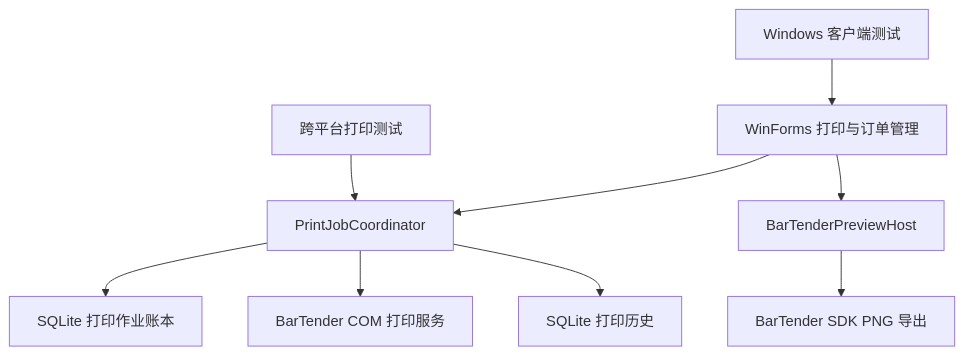
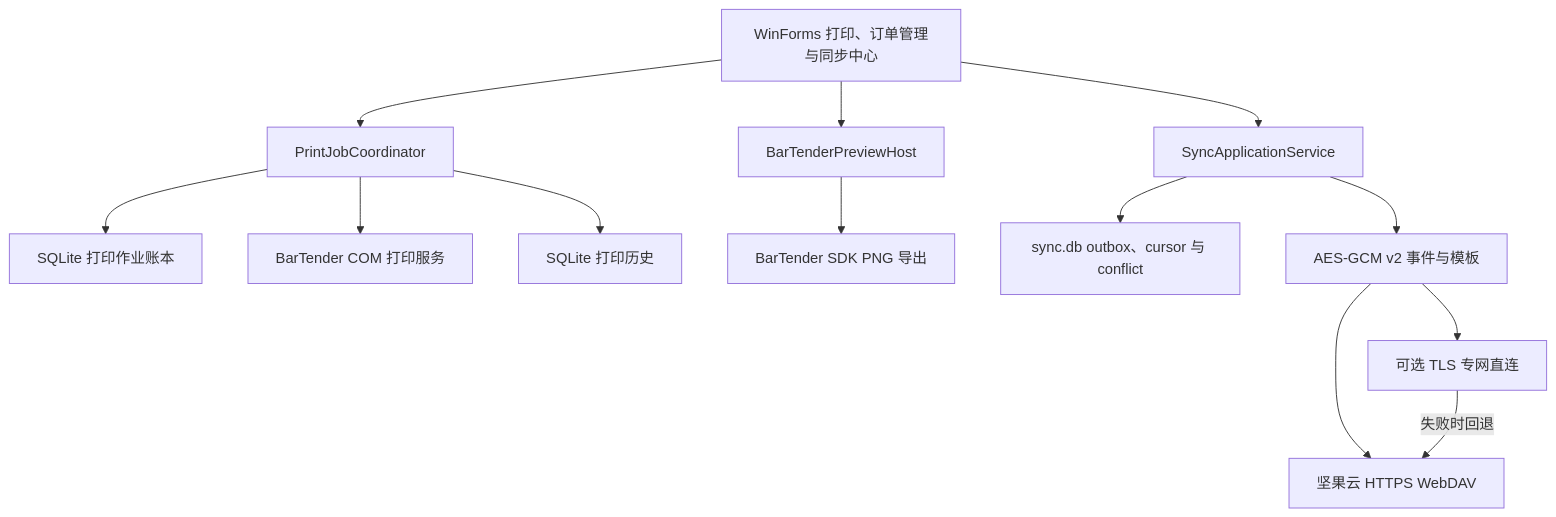
Before and after one commit to tall-1997/Label-Printer: the diagram in .monkeycode/docs/ARCHITECTURE.md, drawn with Mermaid. The commit also changed other lines of this file and 47 other files, not shown here.

````diff
--- a/.monkeycode/docs/ARCHITECTURE.md
+++ b/.monkeycode/docs/ARCHITECTURE.md
@@ -5,11 +5,15 @@
 ```mermaid
 flowchart TD
-    A["WinForms 打印与订单管理"] --> B["PrintJobCoordinator"]
+    A["WinForms 打印、订单管理与同步中心"] --> B["PrintJobCoordinator"]
     B --> C["SQLite 打印作业账本"]
     B --> D["BarTender COM 打印服务"]
     B --> E["SQLite 打印历史"]
     A --> F["BarTenderPreviewHost"]
     F --> G["BarTender SDK PNG 导出"]
-    H["跨平台打印测试"] --> B
-    I["Windows 客户端测试"] --> A
+    A --> H["SyncApplicationService"]
+    H --> I["sync.db outbox、cursor 与 conflict"]
+    H --> J["AES-GCM v2 事件与模板"]
+    J --> K["坚果云 HTTPS WebDAV"]
+    J --> L["可选 TLS 专网直连"]
+    L -->|"失败时回退"| K
 ```
````
